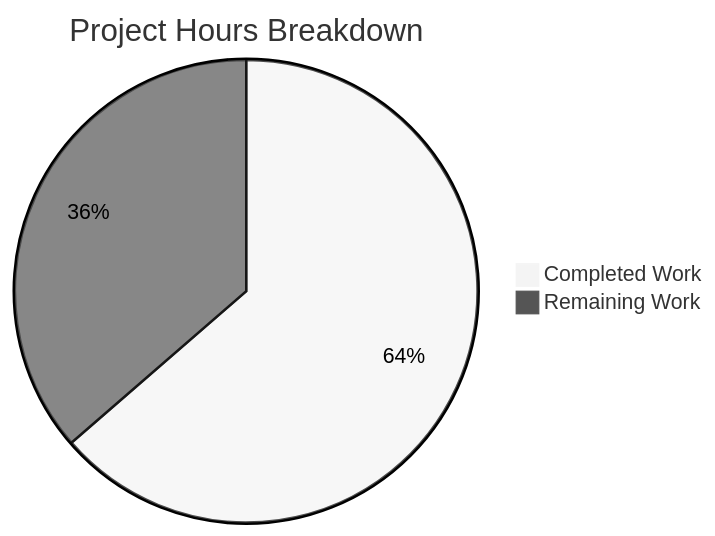
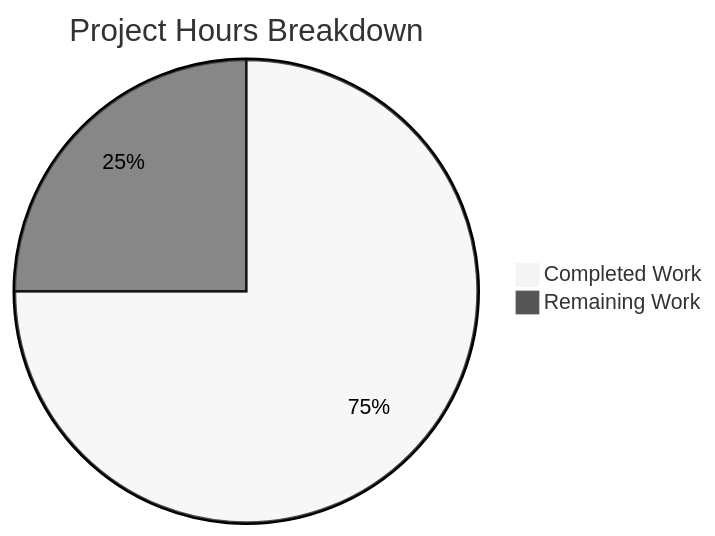
The diagram in blitzy/documentation/Project Guide.md (Sandeep01Kumar/10-dec-existing-projects-qa-test-1), drawn with Mermaid (neutral theme) before and after one commit. The commit also changed other lines of this file, not shown here.

Commit message:
Adding Blitzy Project Guide: Project Status and Human Tasks Remaining

````diff
--- a/blitzy/documentation/Project Guide.md
+++ b/blitzy/documentation/Project Guide.md
@@ -77,5 +63,5 @@
 ```mermaid
 pie title Project Hours Breakdown
-    "Completed Work" : 21
-    "Remaining Work" : 12
+    "Completed Work" : 18
+    "Remaining Work" : 6
 ```
````
